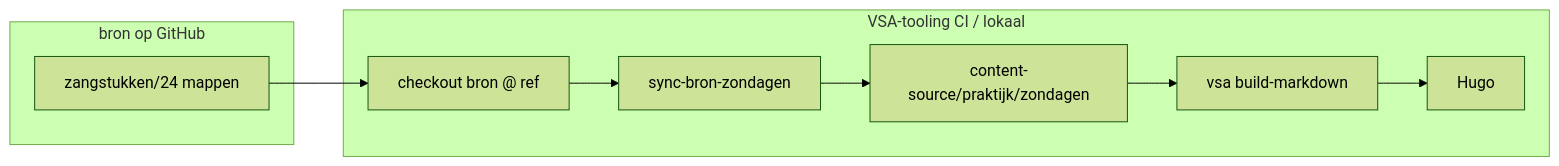
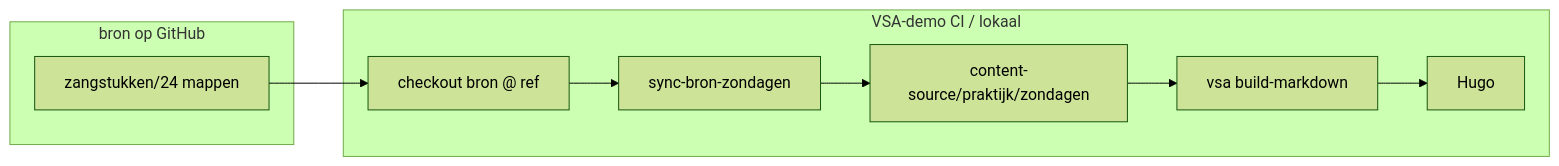
Before and after one commit to orthodox-ronl/bron: the diagram in docs/plans/migratie-zondag-zangstukken.md, drawn with Mermaid (forest theme). The commit also changed other lines of this file and 3 other files, not shown here.

````diff
--- a/docs/plans/migratie-zondag-zangstukken.md
+++ b/docs/plans/migratie-zondag-zangstukken.md
@@ -99,14 +110,14 @@
 ```mermaid
 flowchart LR
   subgraph bronRepo [bron op GitHub]
     ZK[zangstukken/24 mappen]
   end
-  subgraph vsaBuild [VSA-tooling CI / lokaal]
+  subgraph demoBuild [VSA-demo CI / lokaal]
     Checkout[checkout bron @ ref]
     Sync[sync-bron-zondagen]
     CS[content-source/praktijk/zondagen]
     BM[vsa build-markdown]
     Hugo[Hugo]
   end
   ZK --> Checkout --> Sync --> CS --> BM --> Hugo
 ```
````
